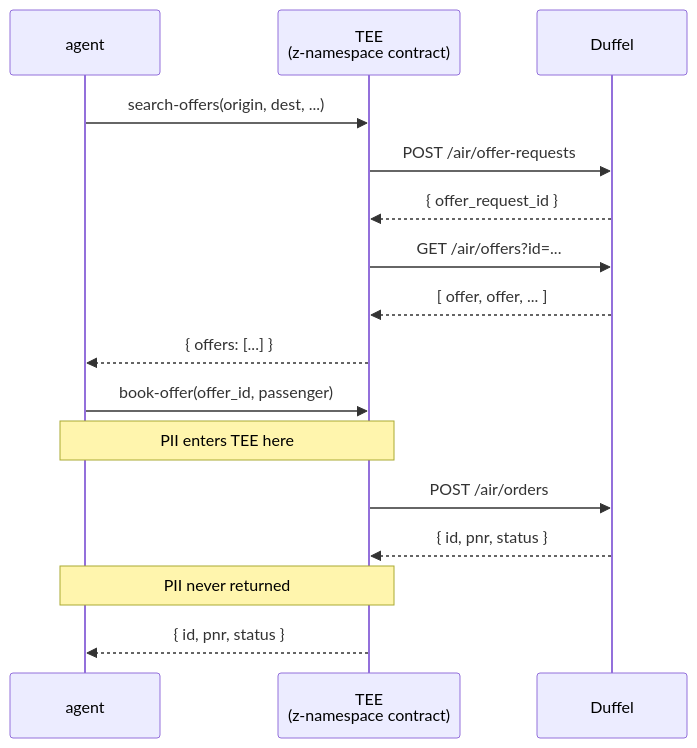
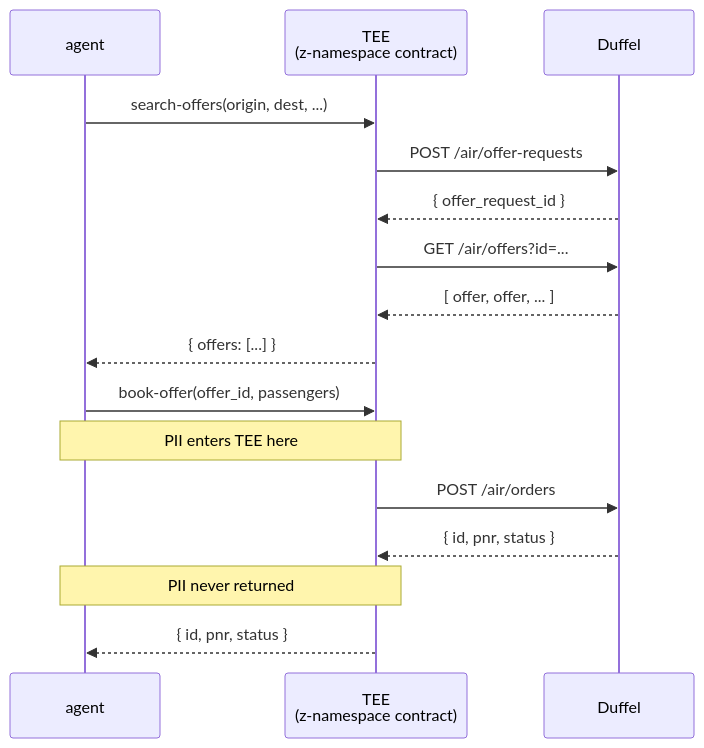
One commit to Terminal-3/z-tenant-flight changed the diagram in README.md. Above: the diagram before and after it, drawn with Mermaid.

Commit message:
docs: align booking diagram parameter

````diff
--- a/README.md
+++ b/README.md
@@ -113,20 +113,20 @@
 ```mermaid
 sequenceDiagram
     participant Agent as agent
     participant TEE as TEE<br/>(z-namespace contract)
     participant Duffel
 
     Agent->>TEE: search-offers(origin, dest, ...)
     TEE->>Duffel: POST /air/offer-requests
     Duffel-->>TEE: { offer_request_id }
     TEE->>Duffel: GET /air/offers?id=...
     Duffel-->>TEE: [ offer, offer, ... ]
     TEE-->>Agent: { offers: [...] }
 
-    Agent->>TEE: book-offer(offer_id, passenger)
+    Agent->>TEE: book-offer(offer_id, passengers)
     Note over Agent,TEE: PII enters TEE here
     TEE->>Duffel: POST /air/orders
     Duffel-->>TEE: { id, pnr, status }
     Note over Agent,TEE: PII never returned
     TEE-->>Agent: { id, pnr, status }
 ```
````
